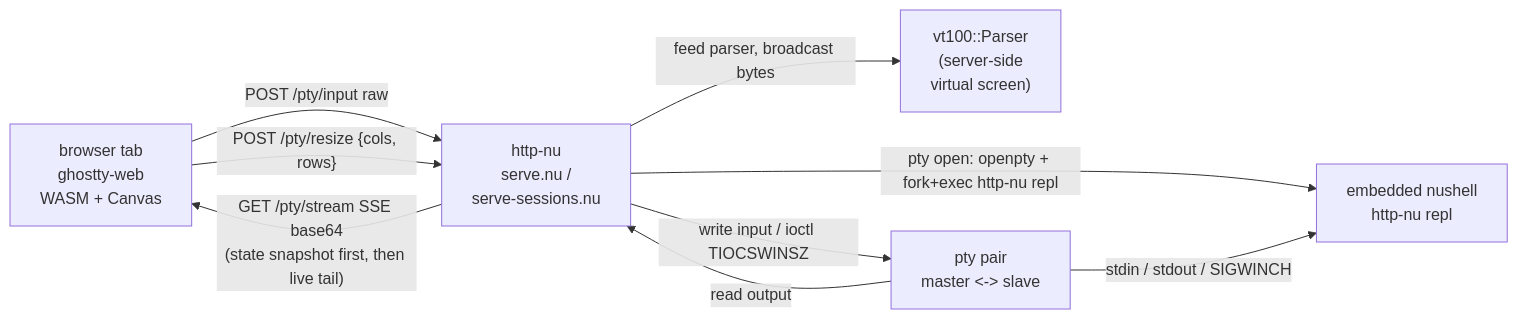
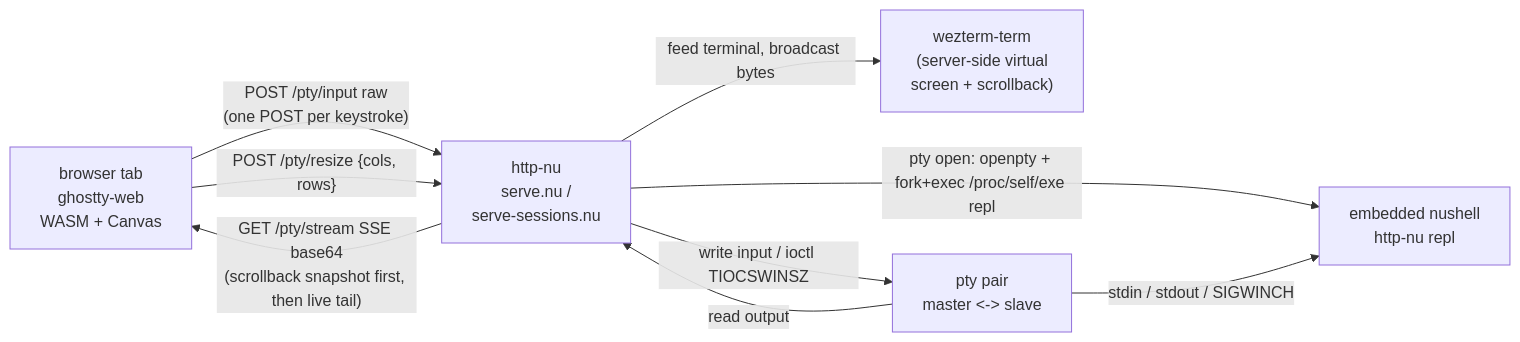
The diagram in README.md (cablehead/ghostty-web-nu), drawn with Mermaid before and after one commit. The commit also changed other lines of this file, not shown here.

Commit message:
docs: refresh README -- wezterm-term swap, scrollback snapshot, current keymap

````diff
--- a/README.md
+++ b/README.md
@@ -64,18 +79,18 @@
 ```mermaid
 flowchart LR
     Browser["browser tab<br>ghostty-web<br>WASM + Canvas"]
     HttpNu["http-nu<br>serve.nu /<br>serve-sessions.nu"]
-    Parser["vt100::Parser<br>(server-side<br>virtual screen)"]
+    Parser["wezterm-term<br>(server-side virtual<br>screen + scrollback)"]
     Pty["pty pair<br>master &lt;-&gt; slave"]
     Nu["embedded nushell<br>http-nu repl"]
 
-    Browser -- "POST /pty/input raw" --> HttpNu
+    Browser -- "POST /pty/input raw<br>(one POST per keystroke)" --> HttpNu
     Browser -- "POST /pty/resize {cols, rows}" --> HttpNu
-    HttpNu -- "GET /pty/stream SSE base64<br>(state snapshot first, then live tail)" --> Browser
+    HttpNu -- "GET /pty/stream SSE base64<br>(scrollback snapshot first, then live tail)" --> Browser
 
-    HttpNu -- "pty open: openpty + fork+exec http-nu repl" --> Nu
+    HttpNu -- "pty open: openpty + fork+exec /proc/self/exe repl" --> Nu
     HttpNu -- "write input / ioctl TIOCSWINSZ" --> Pty
     Pty -- "read output" --> HttpNu
-    HttpNu -- "feed parser, broadcast bytes" --> Parser
+    HttpNu -- "feed terminal, broadcast bytes" --> Parser
     Pty -- "stdin / stdout / SIGWINCH" --> Nu
 ```
````
